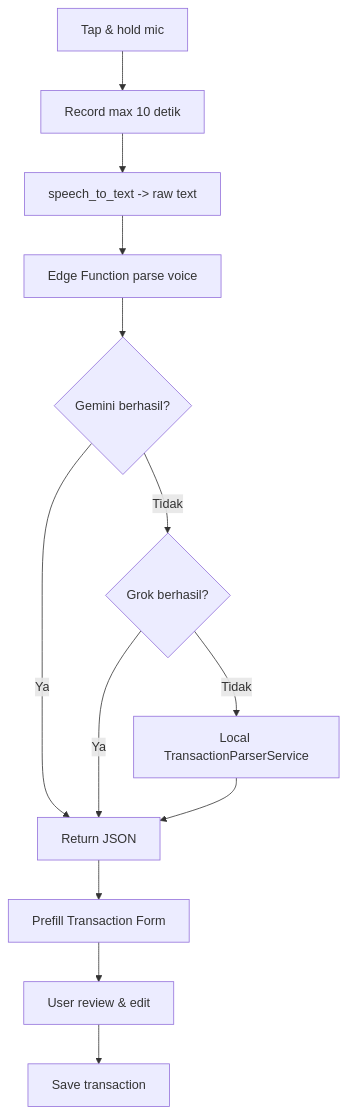
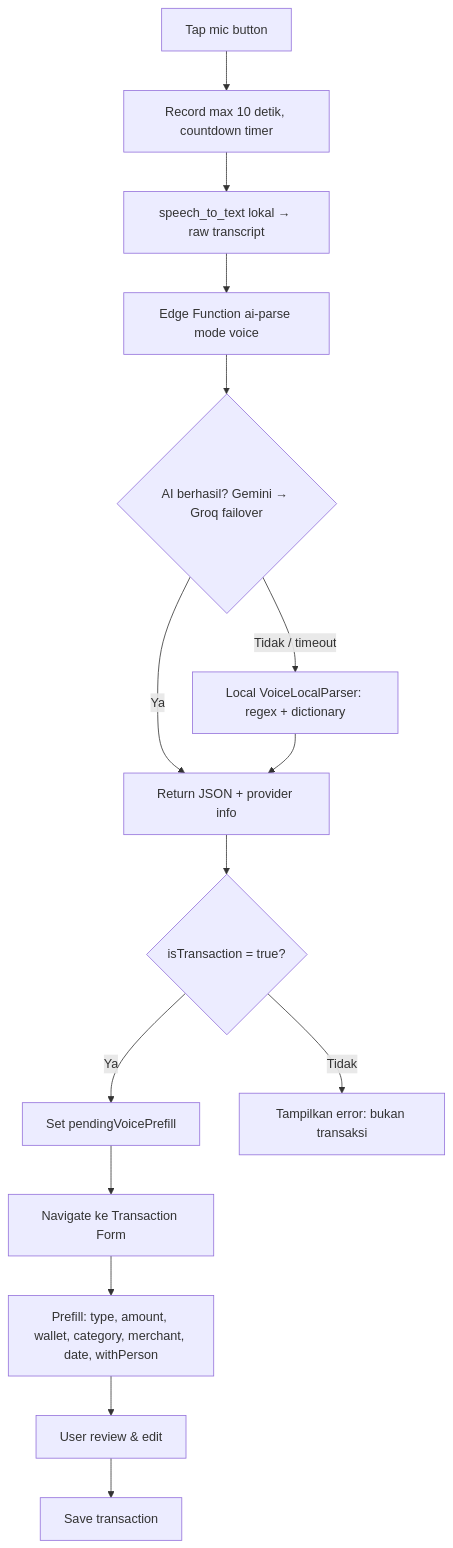
Before and after one commit to achyusuf10/Saku-Rapi-Mobile: the fourth of 9 diagrams in docs/01_PRD.md, drawn with Mermaid. The commit also changed other lines of this file and 34 other files, not shown here.

````diff
--- a/docs/01_PRD.md
+++ b/docs/01_PRD.md
@@ -219,15 +226,17 @@
 ```mermaid
 flowchart TD
-    A[Tap & hold mic] --> B[Record max 10 detik]
-    B --> C[speech_to_text -> raw text]
-    C --> D[Edge Function parse voice]
-    D --> E{Gemini berhasil?}
-    E -->|Ya| H[Return JSON]
-    E -->|Tidak| F{Grok berhasil?}
-    F -->|Ya| H
-    F -->|Tidak| G[Local TransactionParserService]
+    A[Tap mic button] --> B[Record max 10 detik, countdown timer]
+    B --> C[speech_to_text lokal → raw transcript]
+    C --> D[Edge Function ai-parse mode voice]
+    D --> E{AI berhasil? Gemini → Groq failover}
+    E -->|Ya| H[Return JSON + provider info]
+    E -->|Tidak / timeout| G[Local VoiceLocalParser: regex + dictionary]
     G --> H
-    H --> I[Prefill Transaction Form]
-    I --> J[User review & edit]
-    J --> K[Save transaction]
+    H --> I{isTransaction = true?}
+    I -->|Ya| J[Set pendingVoicePrefill]
+    I -->|Tidak| K[Tampilkan error: bukan transaksi]
+    J --> L[Navigate ke Transaction Form]
+    L --> M[Prefill: type, amount, wallet, category, merchant, date, withPerson]
+    M --> N[User review & edit]
+    N --> O[Save transaction]
 ```
````
